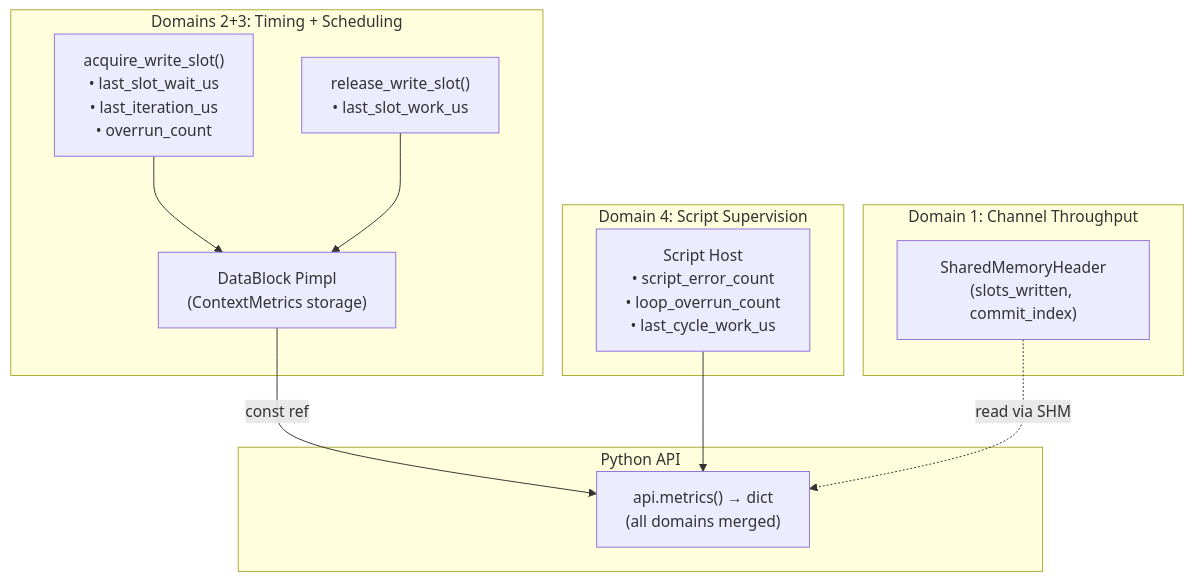
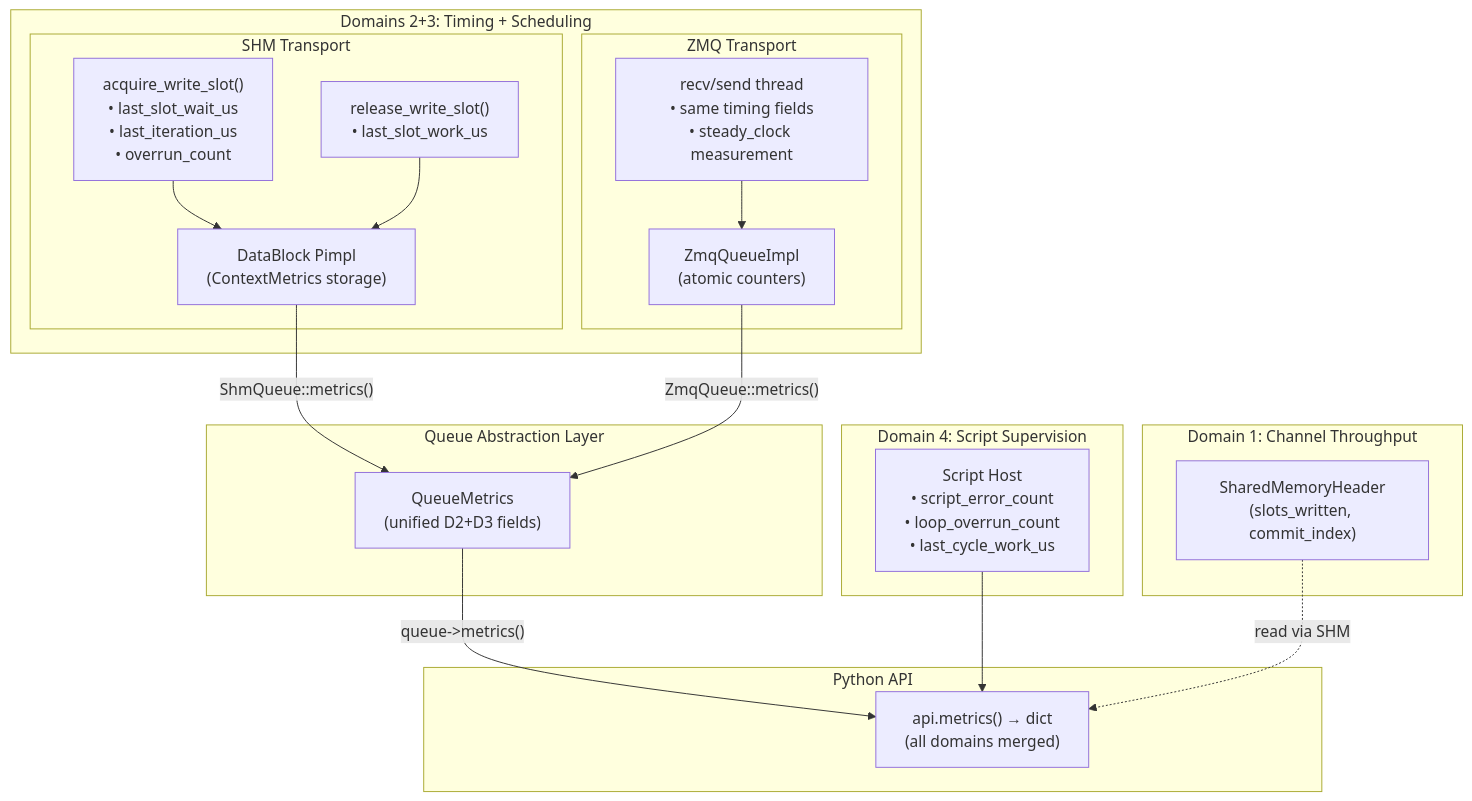
Before and after one commit to Qing-LAB/pylabhub: the diagram in docs/HEP/HEP-CORE-0008-LoopPolicy-and-IterationMetrics.md, drawn with Mermaid. The commit also changed other lines of this file and 34 other files, not shown here.

````diff
--- a/docs/HEP/HEP-CORE-0008-LoopPolicy-and-IterationMetrics.md
+++ b/docs/HEP/HEP-CORE-0008-LoopPolicy-and-IterationMetrics.md
@@ -491,26 +491,39 @@
 ```mermaid
 flowchart TB
     subgraph D1["Domain 1: Channel Throughput"]
         SHM["SharedMemoryHeader\n(slots_written, commit_index)"]
     end
 
     subgraph D2D3["Domains 2+3: Timing + Scheduling"]
-        Acquire["acquire_write_slot()\n• last_slot_wait_us\n• last_iteration_us\n• overrun_count"]
-        Release["release_write_slot()\n• last_slot_work_us"]
-        Pimpl["DataBlock Pimpl\n(ContextMetrics storage)"]
+        subgraph ShmPath["SHM Transport"]
+            Acquire["acquire_write_slot()\n• last_slot_wait_us\n• last_iteration_us\n• overrun_count"]
+            Release["release_write_slot()\n• last_slot_work_us"]
+            Pimpl["DataBlock Pimpl\n(ContextMetrics storage)"]
+        end
+        subgraph ZmqPath["ZMQ Transport"]
+            ZmqThread["recv/send thread\n• same timing fields\n• steady_clock measurement"]
+            ZmqImpl["ZmqQueueImpl\n(atomic counters)"]
+        end
+    end
+
+    subgraph QueueLayer["Queue Abstraction Layer"]
+        QM["QueueMetrics\n(unified D2+D3 fields)"]
     end
 
     subgraph D4["Domain 4: Script Supervision"]
         ScriptHost["Script Host\n• script_error_count\n• loop_overrun_count\n• last_cycle_work_us"]
     end
 
     subgraph API["Python API"]
         MetricsDict["api.metrics() → dict\n(all domains merged)"]
     end
 
     Acquire --> Pimpl
     Release --> Pimpl
-    Pimpl -->|"const ref"| MetricsDict
+    Pimpl -->|"ShmQueue::metrics()"| QM
+    ZmqThread --> ZmqImpl
+    ZmqImpl -->|"ZmqQueue::metrics()"| QM
+    QM -->|"queue->metrics()"| MetricsDict
     ScriptHost --> MetricsDict
     SHM -.->|"read via SHM"| MetricsDict
 ```
````
